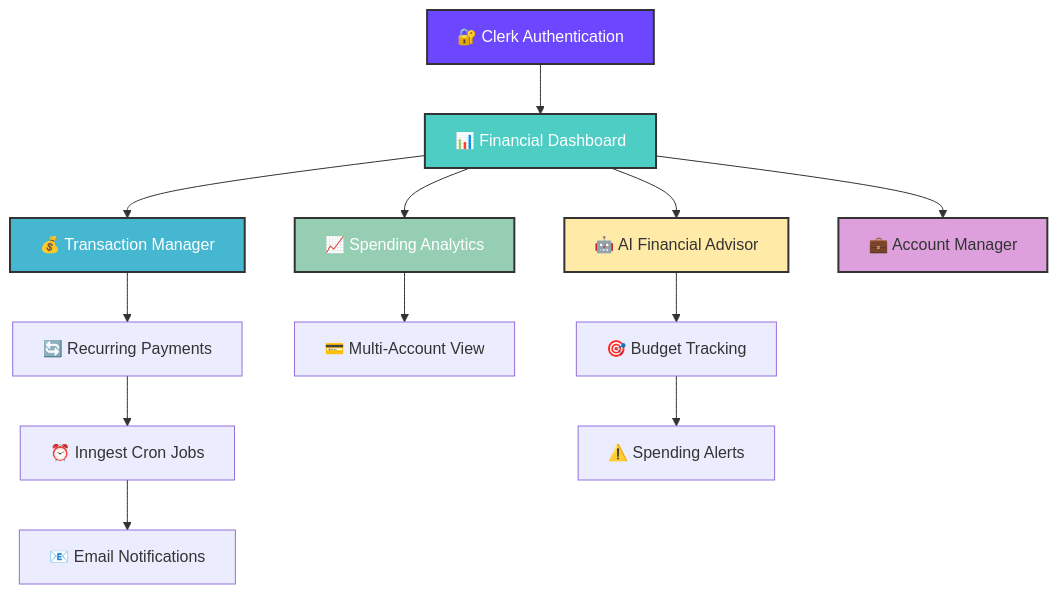
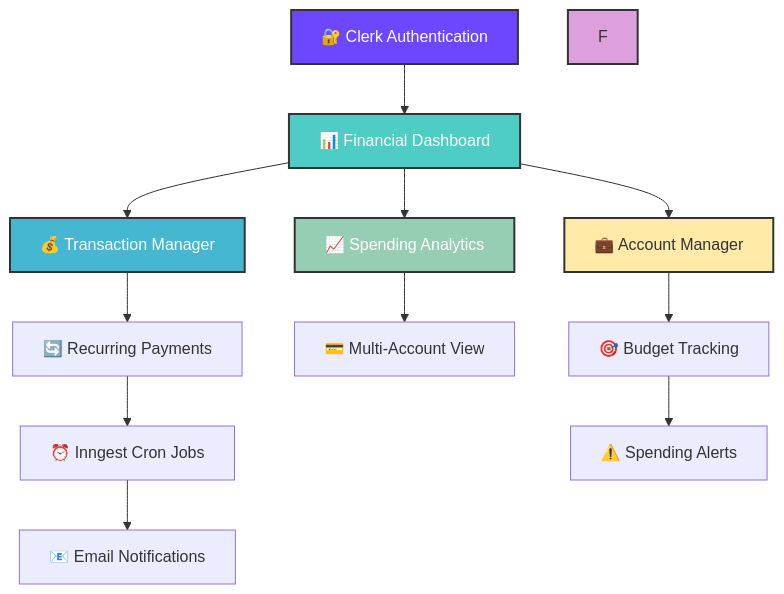
One commit to shahbhavya7/Finexa changed the diagram in README.md. Above: the diagram before and after it, drawn with Mermaid. The commit also changed other lines of this file, not shown here.

````diff
--- a/README.md
+++ b/README.md
@@ -138,23 +138,22 @@
 ```mermaid
 graph TD
     A[🔐 Clerk Authentication] --> B[📊 Financial Dashboard]
     B --> C[💰 Transaction Manager]
     B --> D[📈 Spending Analytics]
-    B --> E[🤖 AI Financial Advisor]
-    B --> F[💼 Account Manager]
+    B --> E[💼 Account Manager]
     
     C --> G[🔄 Recurring Payments]
     G --> H[⏰ Inngest Cron Jobs]
     H --> I[📧 Email Notifications]
     
     D --> J[💳 Multi-Account View]
     E --> K[🎯 Budget Tracking]
     K --> L[⚠️ Spending Alerts]
     
     style A fill:#6C47FF,stroke:#333,stroke-width:2px,color:#fff
     style B fill:#4ECDC4,stroke:#333,stroke-width:2px,color:#fff
     style C fill:#45B7D1,stroke:#333,stroke-width:2px,color:#fff
     style D fill:#96CEB4,stroke:#333,stroke-width:2px,color:#fff
     style E fill:#FFEAA7,stroke:#333,stroke-width:2px,color:#333
     style F fill:#DDA0DD,stroke:#333,stroke-width:2px,color:#333
 ```
````
